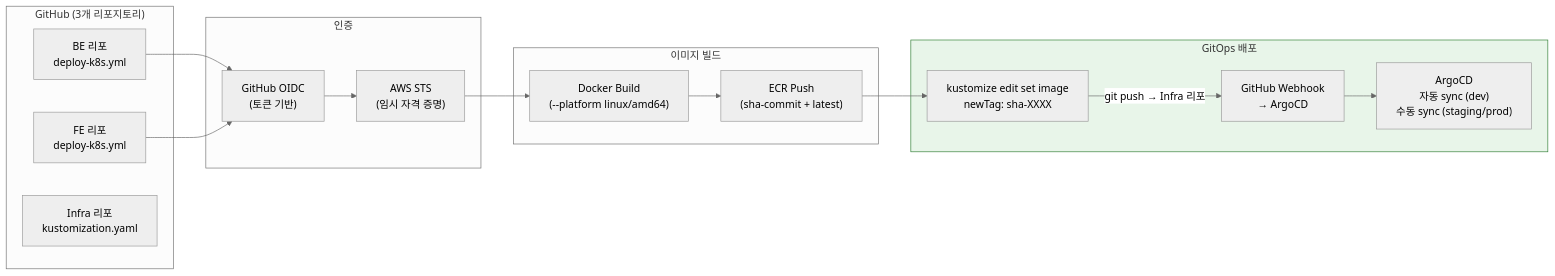
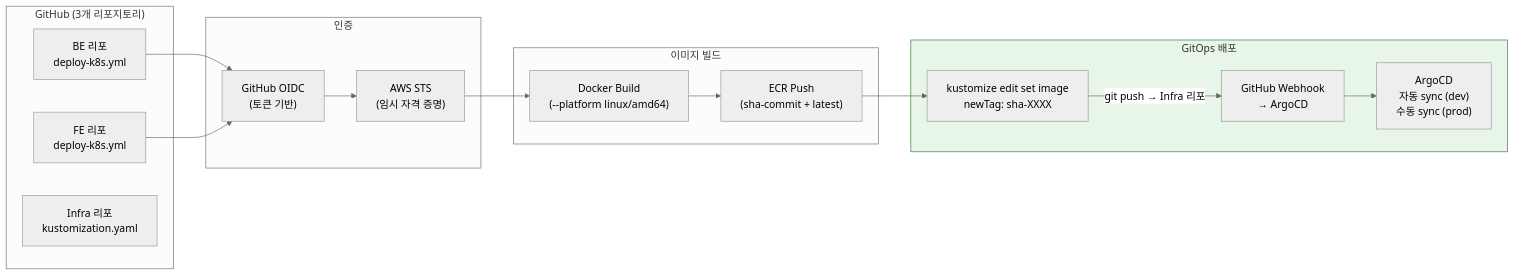
One commit to 80-hours-a-week/2-cho-community-infra changed the sixth of 17 diagrams in report.md. Above: the diagram before and after it, drawn with Mermaid (neutral theme). The commit also changed other lines of this file and 1 other file, not shown here.

First line of the commit message:
docs: README.md 및 report.md를 현재 EKS Prod 인프라에 맞게 갱신

````diff
--- a/report.md
+++ b/report.md
@@ -307,35 +349,35 @@
 ```mermaid
 flowchart LR
     subgraph GitHub["GitHub (3개 리포지토리)"]
         BE["BE 리포<br/>deploy-k8s.yml"]
         FE["FE 리포<br/>deploy-k8s.yml"]
         Infra["Infra 리포<br/>kustomization.yaml"]
     end
 
     subgraph Auth["인증"]
         OIDC["GitHub OIDC<br/>(토큰 기반)"]
         STS["AWS STS<br/>(임시 자격 증명)"]
     end
 
     subgraph Build["이미지 빌드"]
         Docker["Docker Build<br/>(--platform linux/amd64)"]
         ECR_Push["ECR Push<br/>(sha-commit + latest)"]
     end
 
     subgraph GitOps["GitOps 배포"]
         TagCommit["kustomize edit set image<br/>newTag: sha-XXXX"]
         Webhook["GitHub Webhook<br/>→ ArgoCD"]
-        ArgoCDDeploy["ArgoCD<br/>자동 sync (dev)<br/>수동 sync (staging/prod)"]
+        ArgoCDDeploy["ArgoCD<br/>자동 sync (dev)<br/>수동 sync (prod)"]
     end
 
     BE --> OIDC
     FE --> OIDC
     OIDC --> STS
     STS --> Docker
     Docker --> ECR_Push
     ECR_Push --> TagCommit
     TagCommit -->|"git push → Infra 리포"| Webhook
     Webhook --> ArgoCDDeploy
 
     style GitOps fill:#e8f5e9,stroke:#2e7d32
 ```
````
